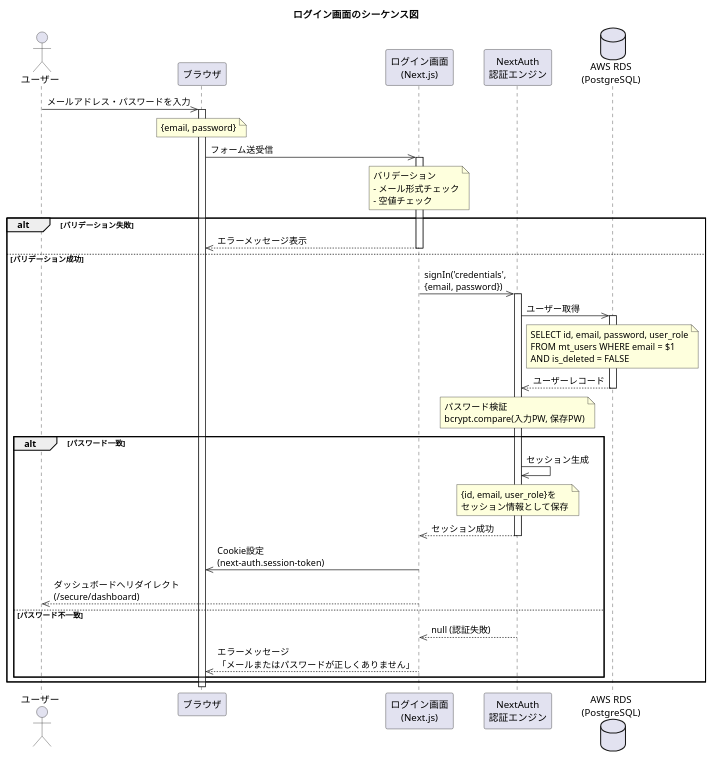
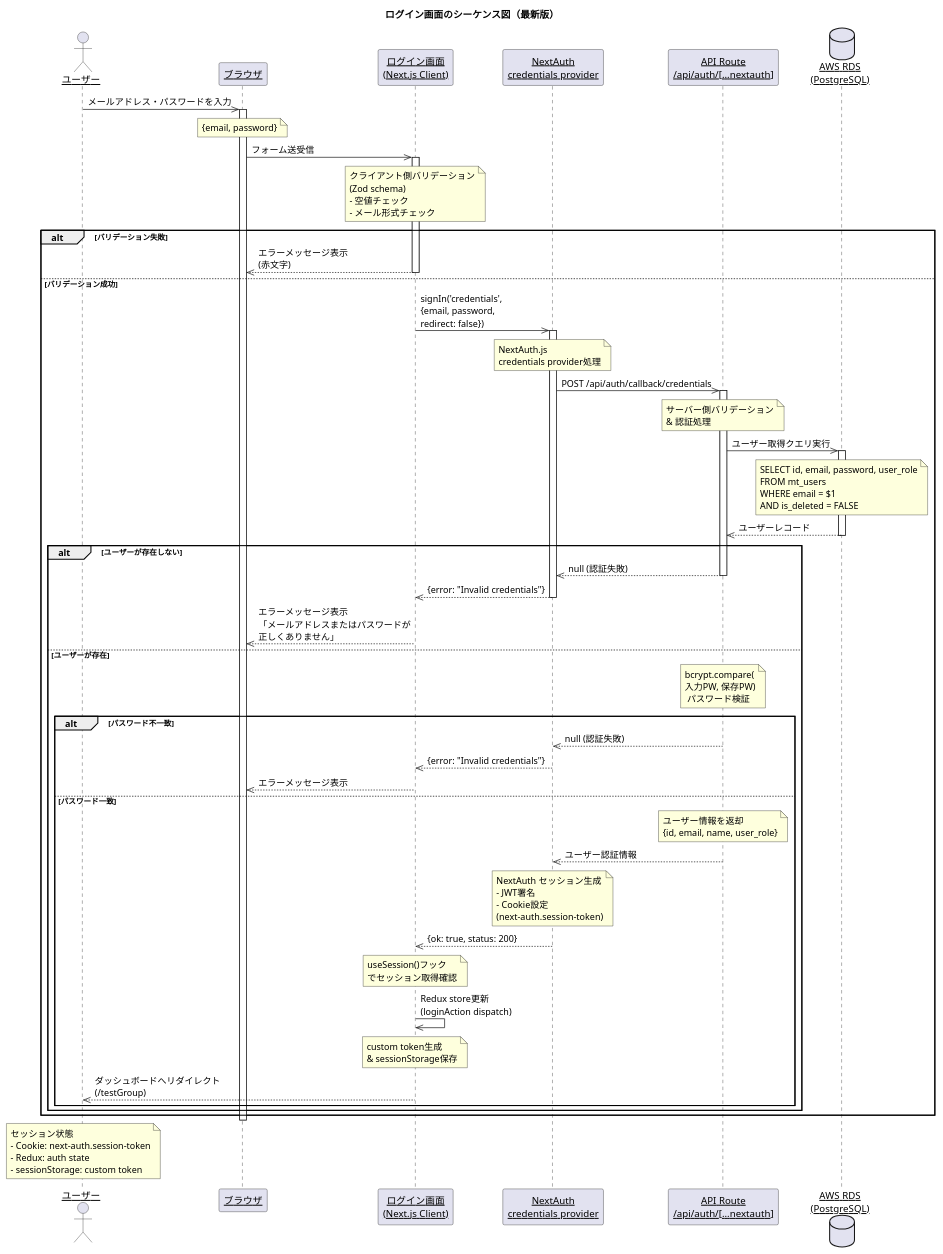
The diagram in docs/login-sequence.puml (p1crin/sample-Test), drawn with PlantUML before and after one commit. The commit also changed 3 other files, not shown here.

Commit message:
テストグループ作成および一覧表示のシーケンス図を最新版に更新し、バリデーションやエラーメッセージ表示の詳細を追加

```diff
--- a/docs/login-sequence.puml
+++ b/docs/login-sequence.puml
@@ -1,55 +1,89 @@
 @startuml Login Flow
-title ログイン画面のシーケンス図
+title ログイン画面のシーケンス図（最新版）
+skinparam sequenceParticipant underline
 
 actor "ユーザー" as user
 participant "ブラウザ" as browser
-participant "ログイン画面\n(Next.js)" as login_screen
-participant "NextAuth\n認証エンジン" as nextauth
+participant "ログイン画面\n(Next.js Client)" as login_screen
+participant "NextAuth\ncredentials provider" as nextauth
+participant "API Route\n/api/auth/[...nextauth]" as auth_api
 database "AWS RDS\n(PostgreSQL)" as db
 
 user ->> browser: メールアドレス・パスワードを入力
 activate browser
 note over browser: {email, password}
 
 browser ->> login_screen: フォーム送受信
 activate login_screen
 
-note over login_screen: バリデーション\n- メール形式チェック\n- 空値チェック
+note over login_screen: クライアント側バリデーション\n(Zod schema)\n- 空値チェック\n- メール形式チェック
 
 alt バリデーション失敗
-  login_screen -->> browser: エラーメッセージ表示
+  login_screen -->> browser: エラーメッセージ表示\n(赤文字)
   deactivate login_screen
 else バリデーション成功
-  login_screen ->> nextauth: signIn('credentials',\n{email, password})
+  login_screen ->> nextauth: signIn('credentials',\n{email, password,\nredirect: false})
   activate nextauth
 
-  nextauth ->> db: ユーザー取得
-  note over db: SELECT id, email, password, user_role\nFROM mt_users WHERE email = $1\nAND is_deleted = FALSE
+  note over nextauth: NextAuth.js\ncredentials provider処理
+
+  nextauth ->> auth_api: POST /api/auth/callback/credentials
+  activate auth_api
+
+  note over auth_api: サーバー側バリデーション\n& 認証処理
+
+  auth_api ->> db: ユーザー取得クエリ実行
+  note over db: SELECT id, email, password, user_role\nFROM mt_users\nWHERE email = $1\nAND is_deleted = FALSE
 
   activate db
-  db -->> nextauth: ユーザーレコード
+  db -->> auth_api: ユーザーレコード
   deactivate db
 
-  note over nextauth: パスワード検証\nbcrypt.compare(入力PW, 保存PW)
-
-  alt パスワード一致
-    nextauth ->> nextauth: セッション生成
-    note over nextauth: {id, email, user_role}を\nセッション情報として保存
-
-    nextauth -->> login_screen: セッション成功
+  alt ユーザーが存在しない
+    auth_api -->> nextauth: null (認証失敗)
+    deactivate auth_api
+    nextauth -->> login_screen: {error: "Invalid credentials"}
     deactivate nextauth
 
-    login_screen ->> browser: Cookie設定\n(next-auth.session-token)
-    login_screen -->> user: ダッシュボードへリダイレクト\n(/secure/dashboard)
+    login_screen -->> browser: エラーメッセージ表示\n「メールアドレスまたはパスワードが\n正しくありません」
     deactivate login_screen
-  else パスワード不一致
-    nextauth -->> login_screen: null (認証失敗)
-    deactivate nextauth
 
-    login_screen -->> browser: エラーメッセージ\n「メールまたはパスワードが正しくありません」
-    deactivate login_screen
+  else ユーザーが存在
+    note over auth_api: bcrypt.compare(\n入力PW, 保存PW)\n パスワード検証
+
+    alt パスワード不一致
+      auth_api -->> nextauth: null (認証失敗)
+      deactivate auth_api
+      nextauth -->> login_screen: {error: "Invalid credentials"}
+      deactivate nextauth
+
+      login_screen -->> browser: エラーメッセージ表示
+      deactivate login_screen
+
+    else パスワード一致
+      note over auth_api: ユーザー情報を返却\n{id, email, name, user_role}
+
+      auth_api -->> nextauth: ユーザー認証情報
+      deactivate auth_api
+
+      note over nextauth: NextAuth セッション生成\n- JWT署名\n- Cookie設定\n(next-auth.session-token)
+
+      nextauth -->> login_screen: {ok: true, status: 200}
+      deactivate nextauth
+
+      note over login_screen: useSession()フック\nでセッション取得確認
+
+      login_screen ->> login_screen: Redux store更新\n(loginAction dispatch)
+
+      note over login_screen: custom token生成\n& sessionStorage保存
+
+      login_screen -->> user: ダッシュボードへリダイレクト\n(/testGroup)
+      deactivate login_screen
+    end
   end
 end
 
 deactivate browser
+
+note over user: セッション状態\n- Cookie: next-auth.session-token\n- Redux: auth state\n- sessionStorage: custom token
 @enduml
```
